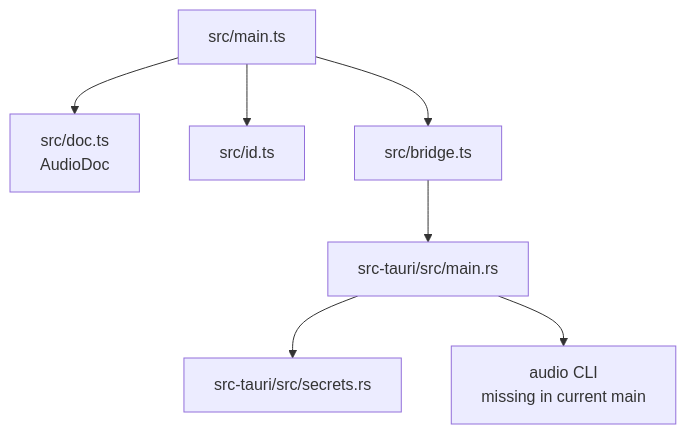
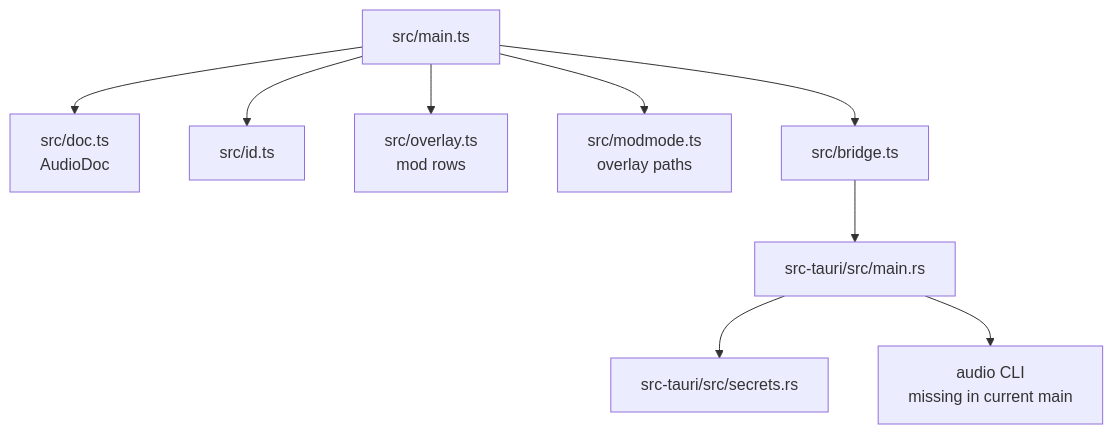
One commit to soulwax/EchoWiki changed the second of 7 diagrams in src/content/docs/pages/soundgarden/architecture.md. Above: the diagram before and after it, drawn with Mermaid. The commit also changed other lines of this file and 14 other files, not shown here.

````diff
--- a/src/content/docs/pages/soundgarden/architecture.md
+++ b/src/content/docs/pages/soundgarden/architecture.md
@@ -34,17 +35,21 @@
 ```mermaid
 flowchart TB
     main[src/main.ts]
     doc[src/doc.ts<br/>AudioDoc]
     id[src/id.ts]
+    overlay[src/overlay.ts<br/>mod rows]
+    modmode[src/modmode.ts<br/>overlay paths]
     bridge[src/bridge.ts]
     shell[src-tauri/src/main.rs]
     secrets[src-tauri/src/secrets.rs]
     cli[audio CLI<br/>missing in current main]
 
     main --> doc
     main --> id
+    main --> overlay
+    main --> modmode
     main --> bridge
     bridge --> shell
     shell --> secrets
     shell --> cli
 ```
````
